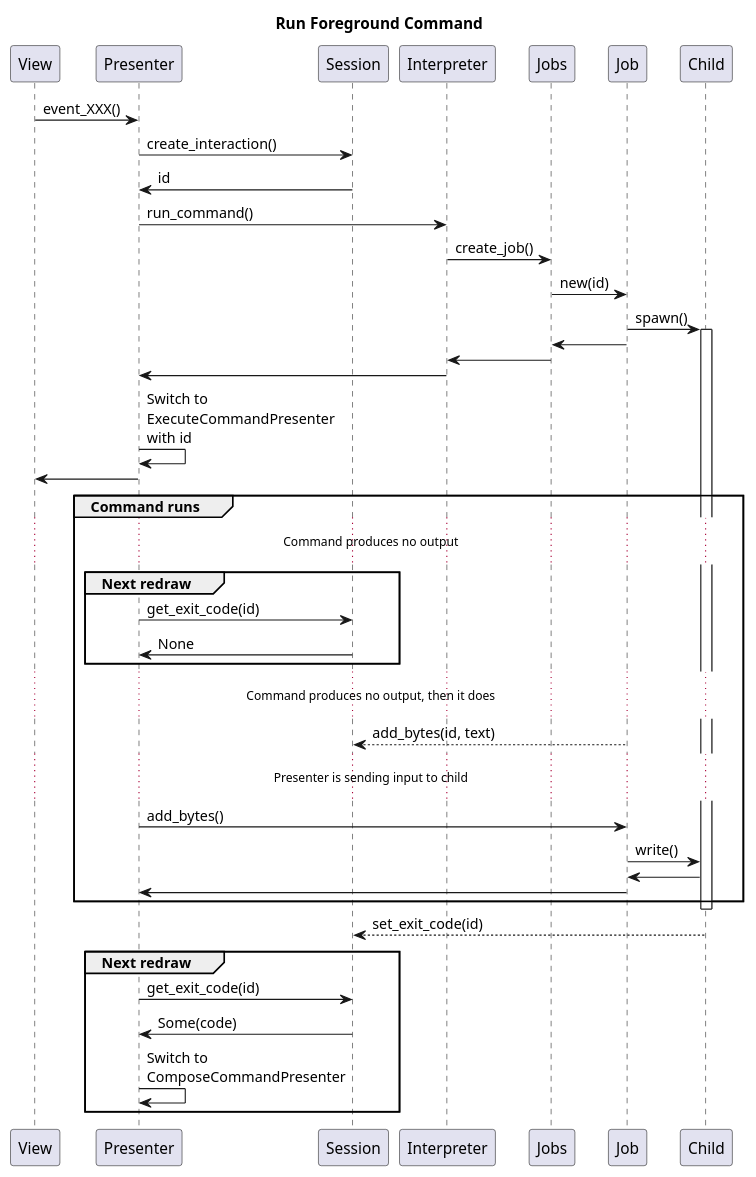
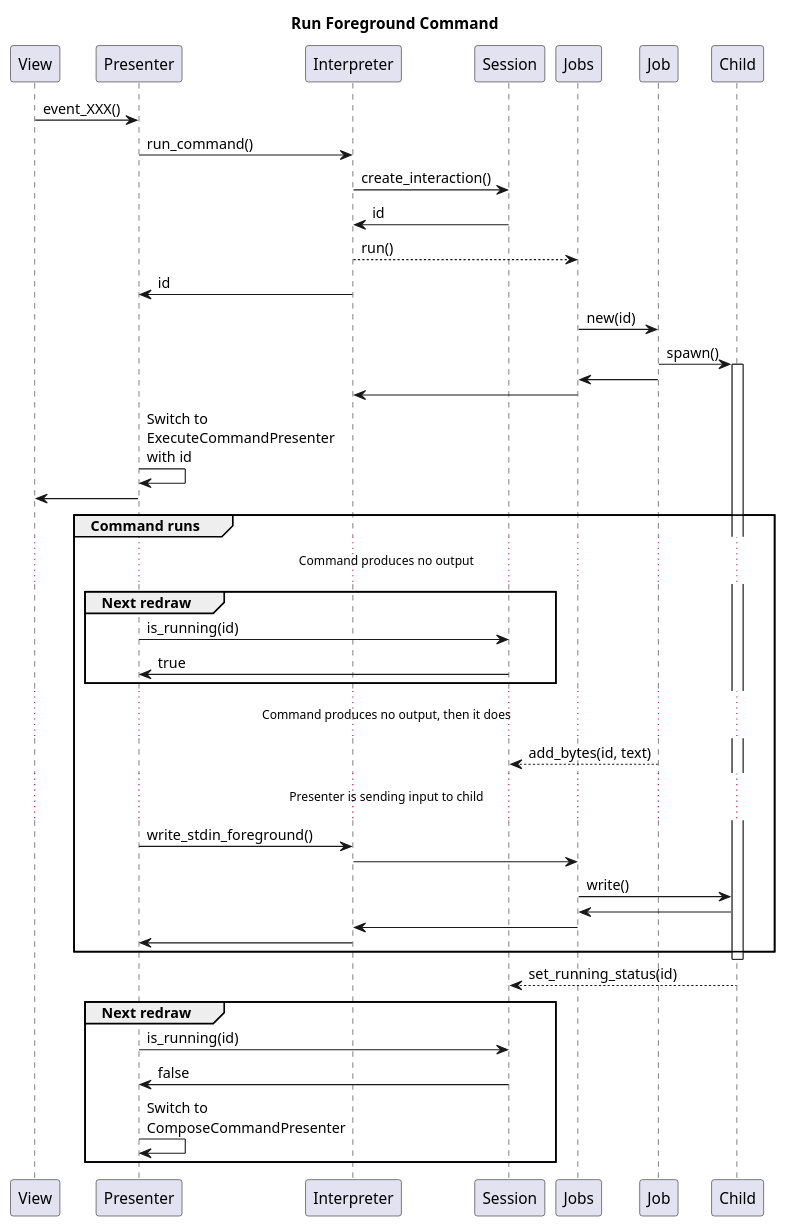
Before and after one commit to LarsEKrueger/bite: the fourth of 7 diagrams in doc/architecture.pu, drawn with PlantUML. The commit also changed other lines of this file and 10 other files, not shown here.

Commit message:
feat: Wait for foreground jobs to complete

```diff
--- a/doc/architecture.pu
+++ b/doc/architecture.pu
@@ -106,43 +92,46 @@
 @startuml
 title Run Foreground Command
 
 View -> Presenter : event_XXX()
-Presenter -> Session : create_interaction()
-Session -> Presenter : id
+Presenter -> Interpreter : run_command()
+Interpreter -> Session : create_interaction()
+Session -> Interpreter : id
+Interpreter --> Jobs : run()
+Interpreter -> Presenter : id
 
-Presenter -> Interpreter : run_command()
-Interpreter -> Jobs : create_job()
 Jobs -> Job : new(id)
 Job -> Child : spawn()
 activate Child
 Job -> Jobs
 Jobs -> Interpreter
-Interpreter -> Presenter
+
 Presenter -> Presenter : Switch to\nExecuteCommandPresenter\nwith id
 Presenter -> View
 
 group Command runs
   ... Command produces no output ...
   group Next redraw
-    Presenter -> Session : get_exit_code(id)
-    Session -> Presenter : None
+    Presenter -> Session : is_running(id)
+    Session -> Presenter : true
   end
   ... Command produces no output, then it does ...
   Job --> Session : add_bytes(id, text)
   ... Presenter is sending input to child ...
-  Presenter -> Job : add_bytes()
-  Job -> Child : write()
-  Child -> Job
-  Job -> Presenter
+  Presenter -> Interpreter : write_stdin_foreground()
+  Interpreter -> Jobs
+  Jobs -> Child : write()
+  Child -> Jobs
+  Jobs -> Interpreter
+  Interpreter -> Presenter
 end
 
 deactivate Child
-Child --> Session : set_exit_code(id)
+Child --> Session : set_running_status(id)
 
 group Next redraw
-  Presenter -> Session : get_exit_code(id)
-  Session -> Presenter : Some(code)
+  Presenter -> Session : is_running(id)
+  Session -> Presenter : false
   Presenter -> Presenter : Switch to\nComposeCommandPresenter
 end
 
 @enduml
```
